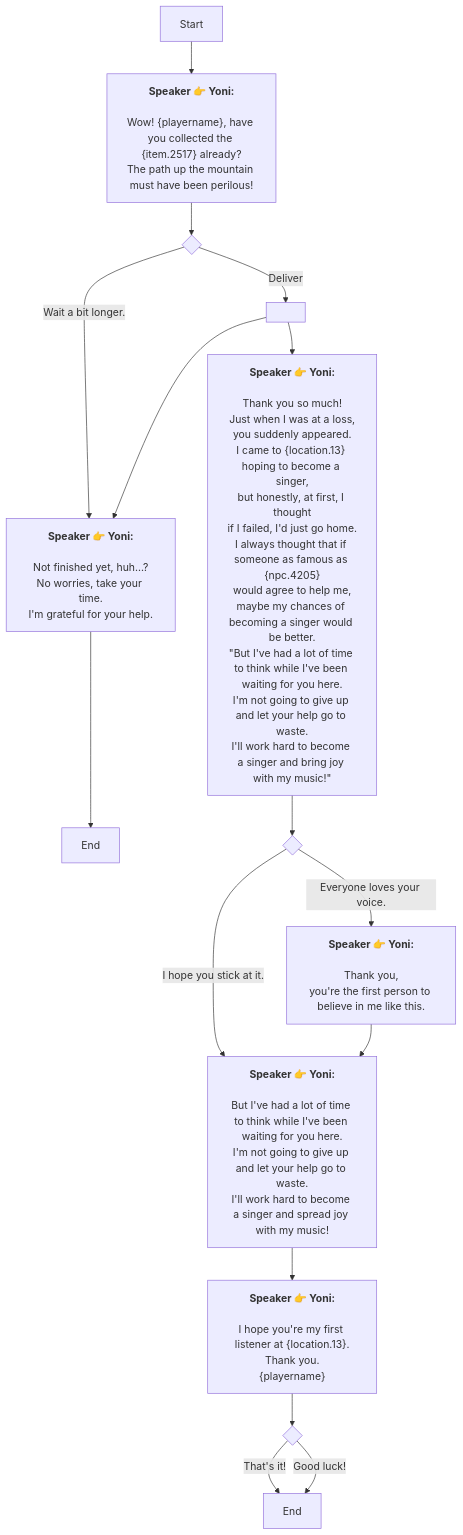
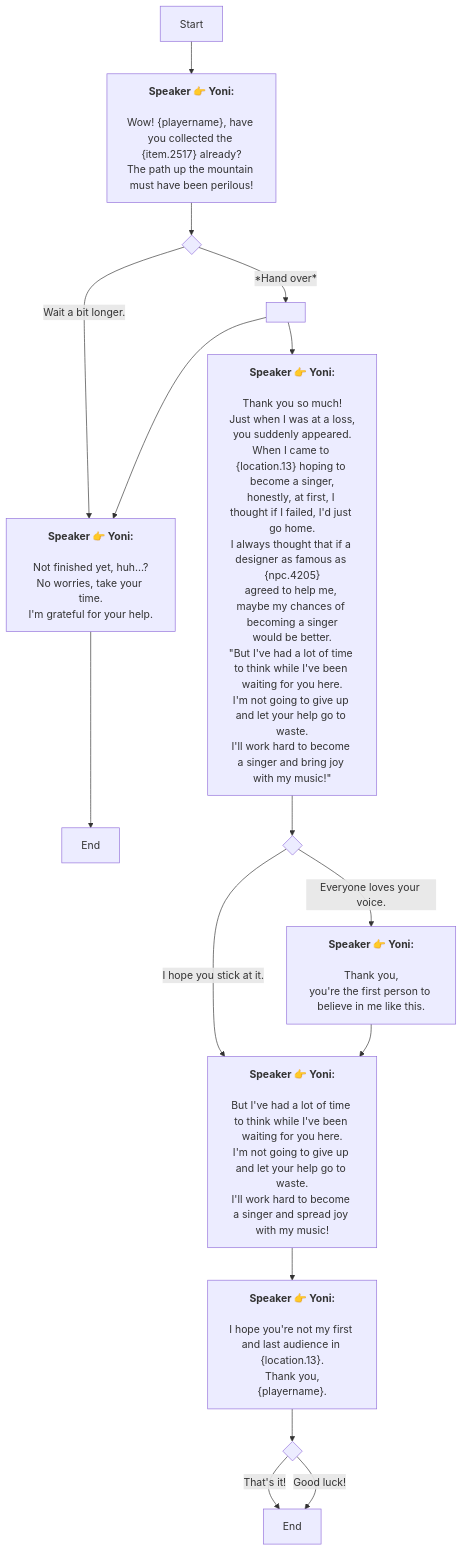
Before and after one commit to SoftHu/tos_avg: the diagram in En/QuestTalkObjectiveNode_1738288709847269.md, drawn with Mermaid. The commit also changed 312 other files, not shown here.

````diff
--- a/En/QuestTalkObjectiveNode_1738288709847269.md
+++ b/En/QuestTalkObjectiveNode_1738288709847269.md
@@ -1,58 +1,57 @@
 ```mermaid
 graph
 Start -->1738289650856011[<b>Speaker 👉 Yoni:</b>
 
 Wow! &lbrace;playername&rbrace;, have you collected the &lbrace;item.2517&rbrace; already?
 The path up the mountain must have been perilous!]
 1738289650856011 -->1738289727664204{ }
 1738289727664204 -->|Wait a bit longer.|1738289799830612[<b>Speaker 👉 Yoni:</b>
 
 Not finished yet, huh...?
 No worries, take your time.
 I'm grateful for your help.]
-1738289727664204 -->|Deliver|1738289895128150[ ]
+1738289727664204 -->|*Hand over*|1738289895128150[ ]
 1738289799830612 -->1742092930830630[End]
 1738289895128150 -->1738289799830612[<b>Speaker 👉 Yoni:</b>
 
 Not finished yet, huh...?
 No worries, take your time.
 I'm grateful for your help.]
 1738289895128150 -->1738289927962711[<b>Speaker 👉 Yoni:</b>
 
 Thank you so much!
 Just when I was at a loss,
 you suddenly appeared.
-I came to &lbrace;location.13&rbrace; hoping to become a singer,
-but honestly, at first, I thought
-if I failed, I'd just go home.
-I always thought that if someone as famous as &lbrace;npc.4205&rbrace;
-would agree to help me,
-maybe my chances of becoming a singer would be better.
+When I came to &lbrace;location.13&rbrace; hoping to become a singer,
+honestly, at first, I thought if I failed, I'd just go home.
+I always thought that if a designer as famous as &lbrace;npc.4205&rbrace;
+agreed to help me, maybe my chances of becoming a singer
+would be better.
 &quot;But I've had a lot of time to think while I've been waiting for you here.
 I'm not going to give up and let your help go to waste.
 I'll work hard to become a singer and bring joy with my music!&quot;]
 1738289927962711 -->1738290568451160{ }
 1738290568451160 -->|I hope you stick at it.|1738290662682717[<b>Speaker 👉 Yoni:</b>
 
 But I've had a lot of time to think while I've been waiting for you here.
 I'm not going to give up and let your help go to waste.
 I'll work hard to become a singer and spread joy with my music!]
 1738290568451160 -->|Everyone loves your voice.|1738290723810398[<b>Speaker 👉 Yoni:</b>
 
 Thank you,
 you're the first person to believe in me like this.]
 1738290662682717 -->1738290829012063[<b>Speaker 👉 Yoni:</b>
 
-I hope you're my first listener at &lbrace;location.13&rbrace;.
-Thank you.
-&lbrace;playername&rbrace;]
+I hope you're not my first and last audience in &lbrace;location.13&rbrace;.
+Thank you,
+&lbrace;playername&rbrace;.]
 1738290829012063 -->1738290981140576{ }
 1738290981140576 -->|That's it!|1738290998103141[End]
 1738290981140576 -->|Good luck!|1738290998103141[End]
 1738290723810398 -->1738290662682717[<b>Speaker 👉 Yoni:</b>
 
 But I've had a lot of time to think while I've been waiting for you here.
 I'm not going to give up and let your help go to waste.
 I'll work hard to become a singer and spread joy with my music!]
 
  ```
````
